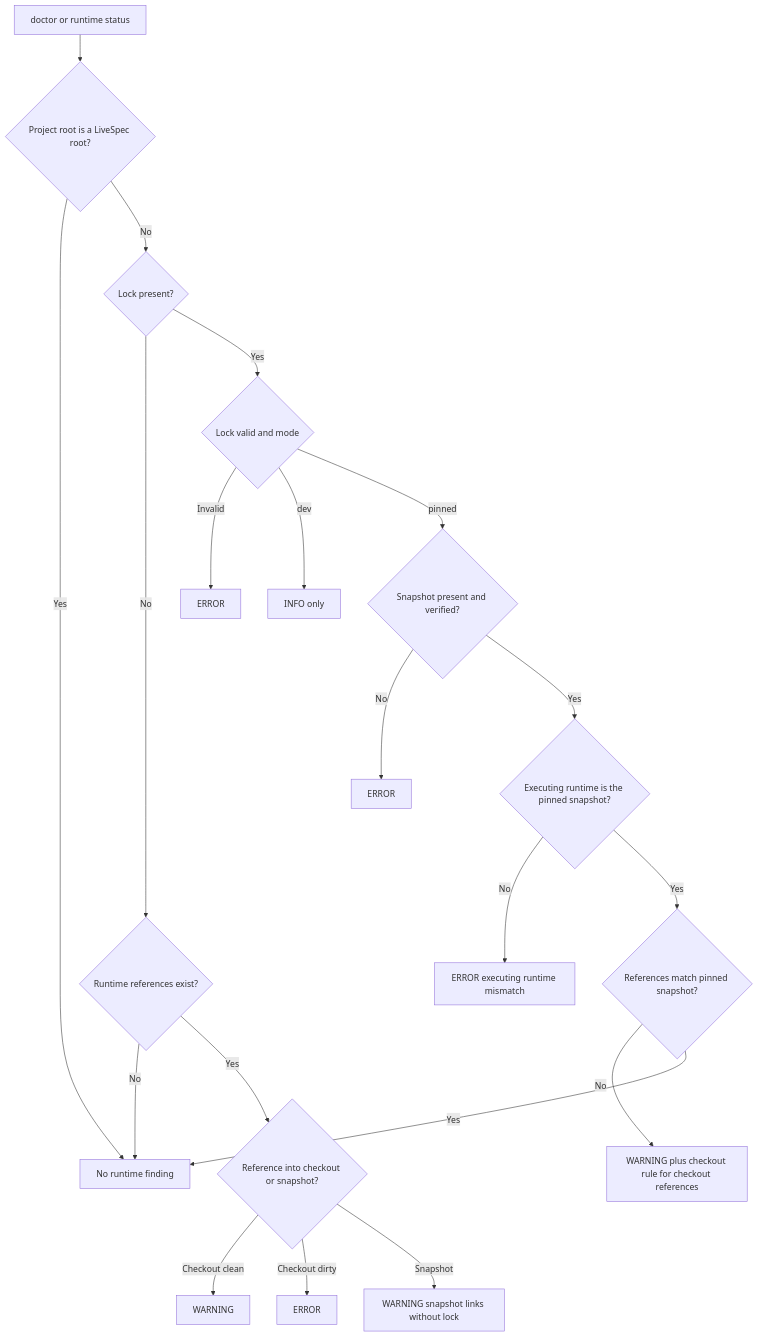
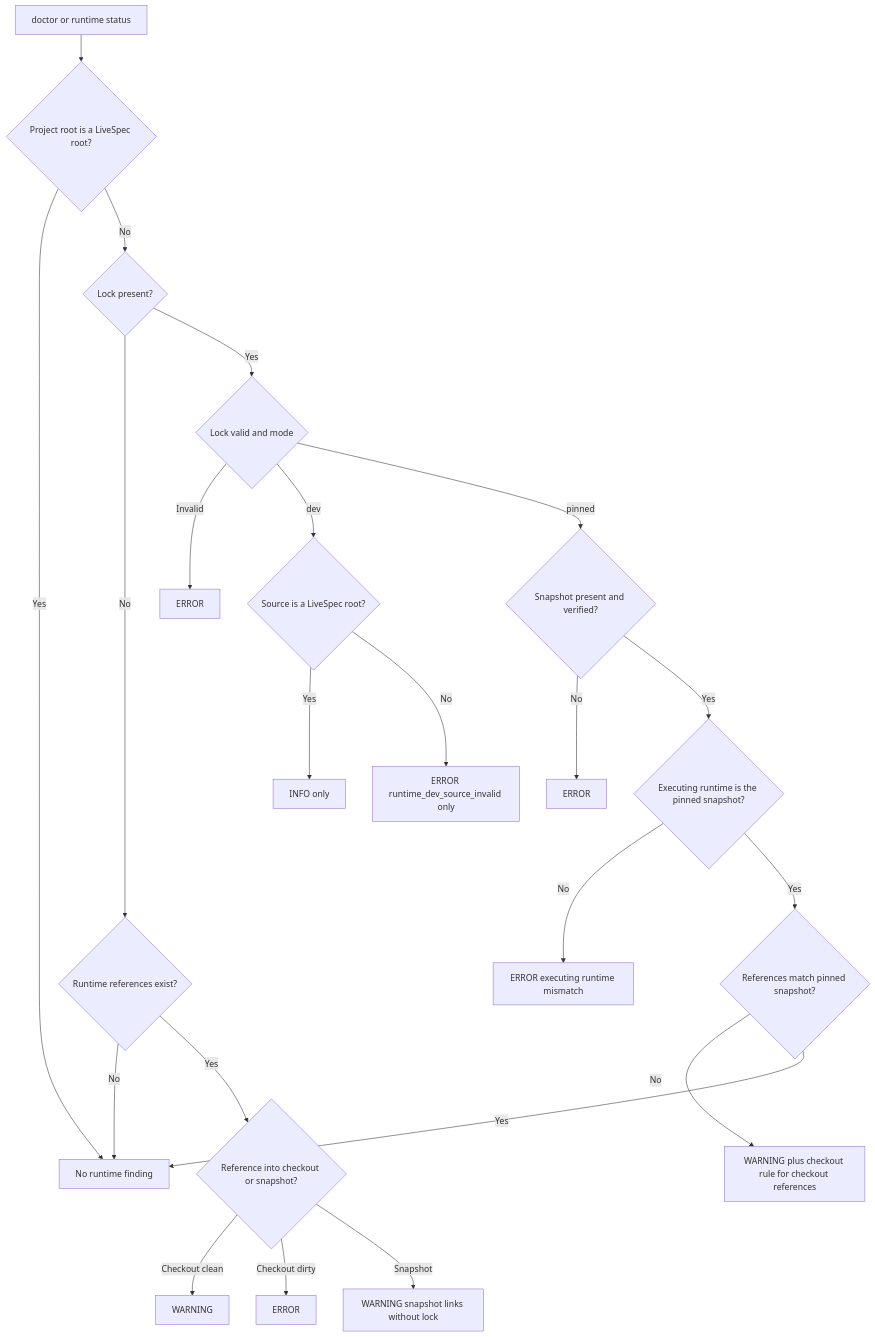
Before and after one commit to julien-m/livespec: the sixth of 7 diagrams in .specs/features/083-pinned-runtime-isolation/spec.md, drawn with Mermaid. The commit also changed other lines of this file and 9 other files, not shown here.

First line of the commit message:
fix(083): exit-3 recovery uses LiveSpec's venv; AC-016 dev lock follows D-04

````diff
--- a/.specs/features/083-pinned-runtime-isolation/spec.md
+++ b/.specs/features/083-pinned-runtime-isolation/spec.md
@@ -441,22 +444,24 @@
 ```mermaid
 flowchart TD
     A[doctor or runtime status] --> B{Project root is a LiveSpec root?}
     B -- Yes --> Q[No runtime finding]
     B -- No --> C{Lock present?}
     C -- No --> D{Runtime references exist?}
     D -- No --> Q
     D -- Yes --> E{Reference into checkout or snapshot?}
     E -- Checkout clean --> W1[WARNING]
     E -- Checkout dirty --> E1[ERROR]
     E -- Snapshot --> W2[WARNING snapshot links without lock]
     C -- Yes --> F{Lock valid and mode}
     F -- Invalid --> E2[ERROR]
-    F -- dev --> I1[INFO only]
+    F -- dev --> S{Source is a LiveSpec root?}
+    S -- Yes --> I1[INFO only]
+    S -- No --> E5[ERROR runtime_dev_source_invalid only]
     F -- pinned --> G{Snapshot present and verified?}
     G -- No --> E3[ERROR]
     G -- Yes --> X{Executing runtime is the pinned snapshot?}
     X -- No --> E4[ERROR executing runtime mismatch]
     X -- Yes --> H{References match pinned snapshot?}
     H -- No --> W3[WARNING plus checkout rule for checkout references]
     H -- Yes --> Q
 ```
````
